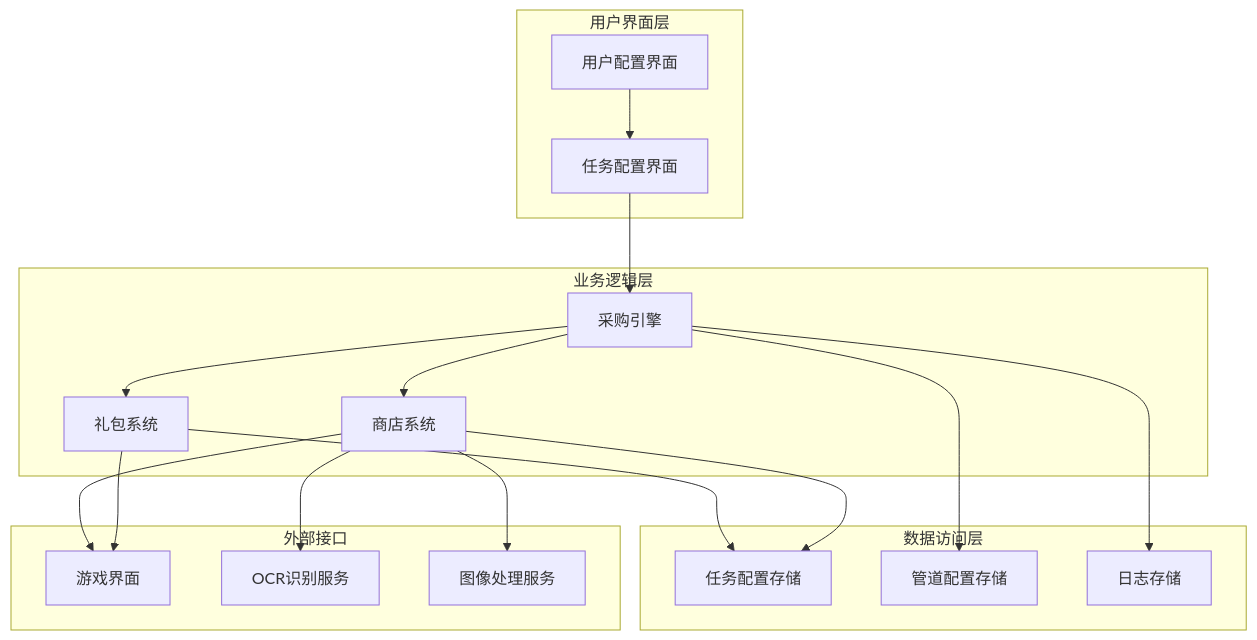
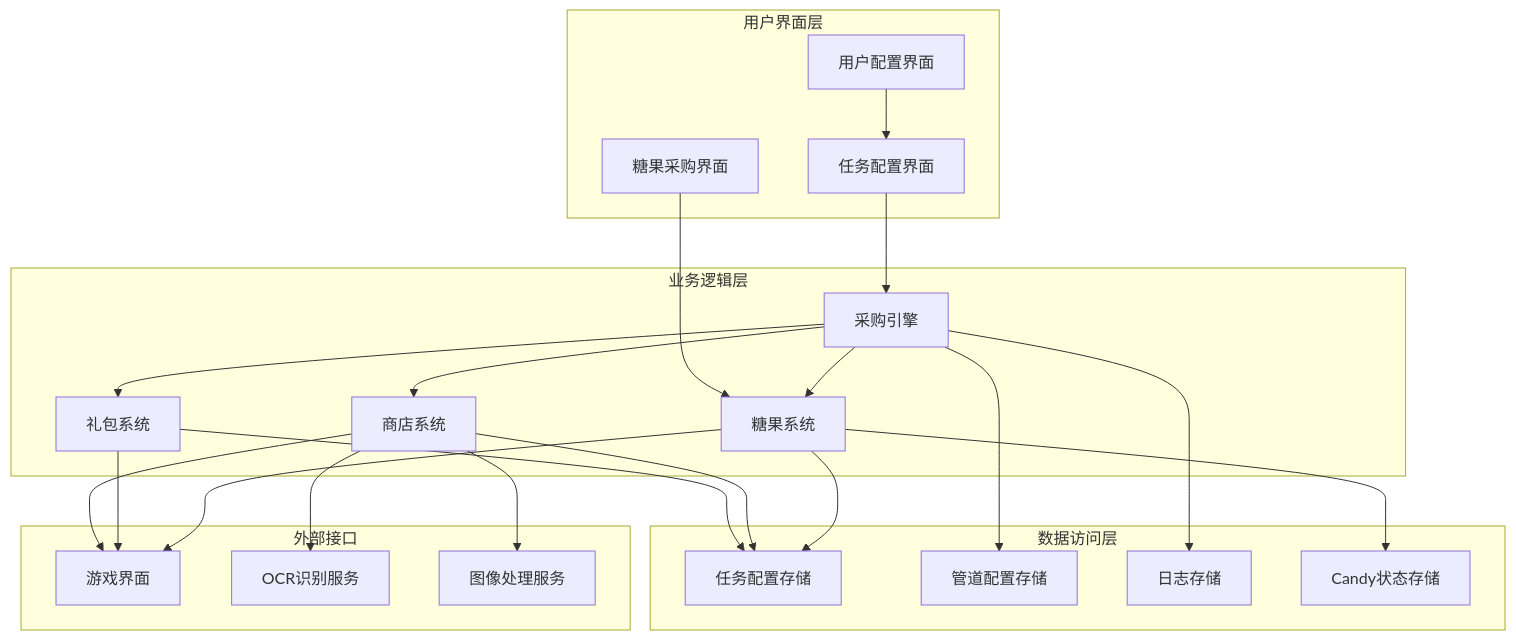
One commit to kqcoxn/MaaDuDuL changed the fourth of 9 diagrams in .qoder/repowiki/zh/content/Daily Purchase Functionality.md. Above: the diagram before and after it, drawn with Mermaid. The commit also changed other lines of this file and 9 other files, not shown here.

````diff
--- a/.qoder/repowiki/zh/content/Daily Purchase Functionality.md
+++ b/.qoder/repowiki/zh/content/Daily Purchase Functionality.md
@@ -153,34 +196,42 @@
 ```mermaid
 graph TB
 subgraph "用户界面层"
 UI[用户配置界面]
 Config[任务配置界面]
+CandyUI[糖果采购界面]
 end
 subgraph "业务逻辑层"
 PurchaseEngine[采购引擎]
 GiftSystem[礼包系统]
 StoreSystem[商店系统]
+CandySystem[糖果系统]
 end
 subgraph "数据访问层"
 TaskConfig[任务配置存储]
 PipelineConfig[管道配置存储]
 LogStorage[日志存储]
+CandyLog[Candy状态存储]
 end
 subgraph "外部接口"
 GameInterface[游戏界面]
 OCRService[OCR识别服务]
 ImageProcessor[图像处理服务]
 end
 UI --> Config
 Config --> PurchaseEngine
+CandyUI --> CandySystem
 PurchaseEngine --> GiftSystem
 PurchaseEngine --> StoreSystem
+PurchaseEngine --> CandySystem
 GiftSystem --> TaskConfig
 StoreSystem --> TaskConfig
+CandySystem --> TaskConfig
 PurchaseEngine --> PipelineConfig
 PurchaseEngine --> LogStorage
+CandySystem --> CandyLog
 StoreSystem --> GameInterface
 GiftSystem --> GameInterface
+CandySystem --> GameInterface
 StoreSystem --> OCRService
 StoreSystem --> ImageProcessor
 ```
````
